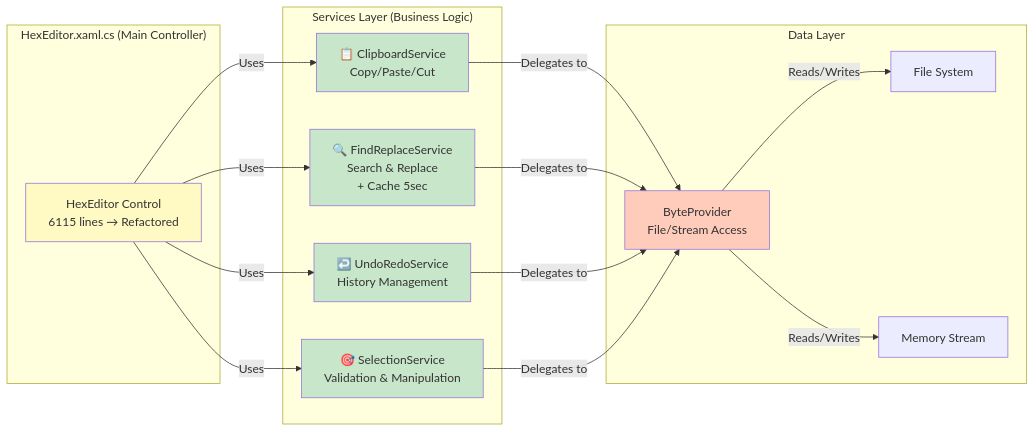
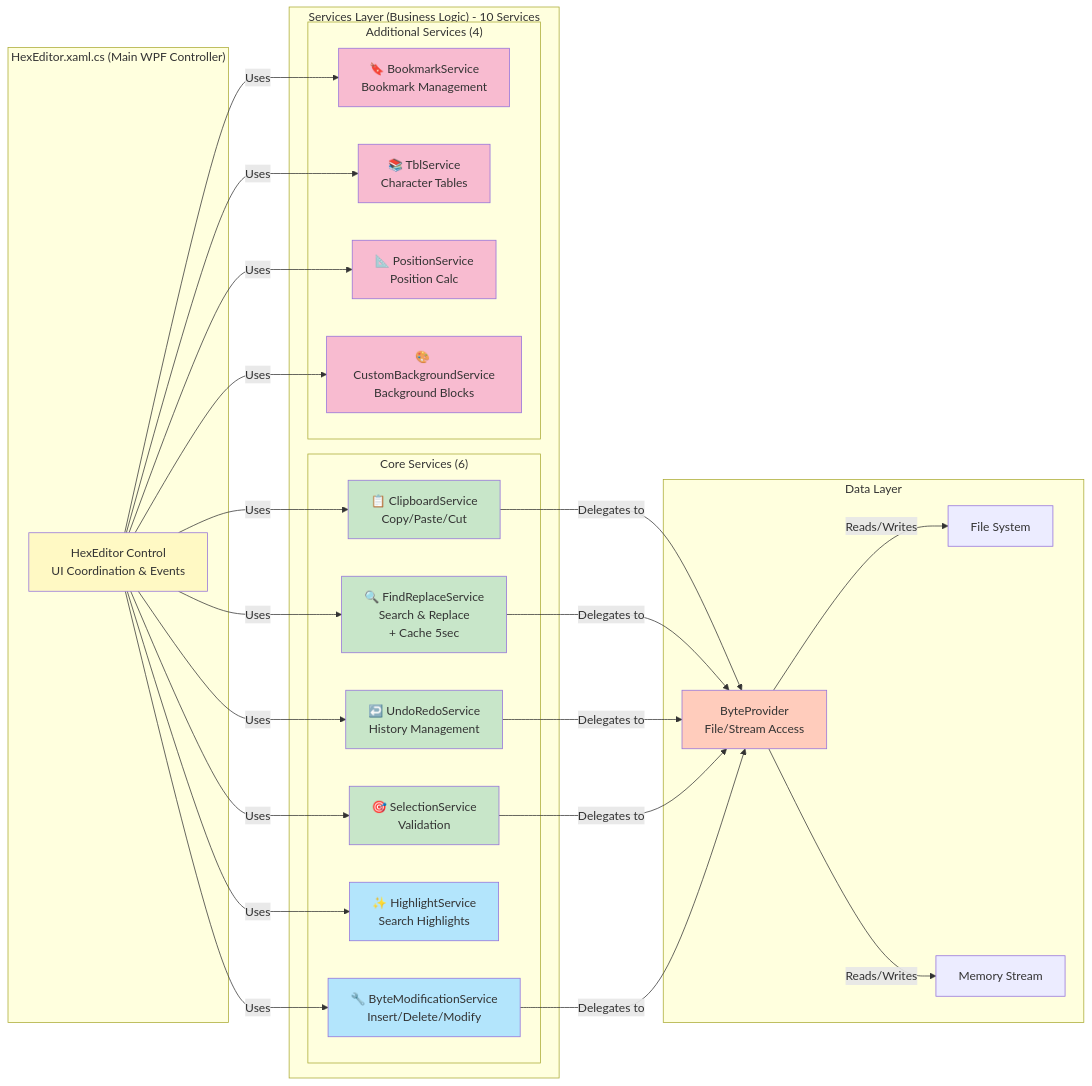
The second of 12 diagrams in ARCHITECTURE.md (myd7349/WpfHexEditorControl), drawn with Mermaid before and after one commit. The commit also changed other lines of this file and 8 other files, not shown here.

````diff
--- a/ARCHITECTURE.md
+++ b/ARCHITECTURE.md
@@ -99,39 +99,63 @@
 ```mermaid
 graph LR
-    subgraph "HexEditor.xaml.cs (Main Controller)"
-        HE[HexEditor Control<br/>6115 lines → Refactored]
+    subgraph "HexEditor.xaml.cs (Main WPF Controller)"
+        HE[HexEditor Control<br/>UI Coordination & Events]
     end
 
-    subgraph "Services Layer (Business Logic)"
-        CS[📋 ClipboardService<br/>Copy/Paste/Cut]
-        FRS[🔍 FindReplaceService<br/>Search & Replace<br/>+ Cache 5sec]
-        URS[↩️ UndoRedoService<br/>History Management]
-        SS[🎯 SelectionService<br/>Validation & Manipulation]
+    subgraph "Services Layer (Business Logic) - 10 Services"
+        subgraph "Core Services (6)"
+            CS[📋 ClipboardService<br/>Copy/Paste/Cut]
+            FRS[🔍 FindReplaceService<br/>Search & Replace<br/>+ Cache 5sec]
+            URS[↩️ UndoRedoService<br/>History Management]
+            SS[🎯 SelectionService<br/>Validation]
+            HS[✨ HighlightService<br/>Search Highlights]
+            BMS[🔧 ByteModificationService<br/>Insert/Delete/Modify]
+        end
+
+        subgraph "Additional Services (4)"
+            BKS[🔖 BookmarkService<br/>Bookmark Management]
+            TBS[📚 TblService<br/>Character Tables]
+            PS[📐 PositionService<br/>Position Calc]
+            CBS[🎨 CustomBackgroundService<br/>Background Blocks]
+        end
     end
 
     subgraph "Data Layer"
         BP[ByteProvider<br/>File/Stream Access]
         FS[File System]
         MEM[Memory Stream]
     end
 
     HE -->|Uses| CS
     HE -->|Uses| FRS
     HE -->|Uses| URS
     HE -->|Uses| SS
+    HE -->|Uses| HS
+    HE -->|Uses| BMS
+    HE -->|Uses| BKS
+    HE -->|Uses| TBS
+    HE -->|Uses| PS
+    HE -->|Uses| CBS
 
     CS -->|Delegates to| BP
     FRS -->|Delegates to| BP
     URS -->|Delegates to| BP
     SS -->|Delegates to| BP
+    BMS -->|Delegates to| BP
 
     BP -->|Reads/Writes| FS
     BP -->|Reads/Writes| MEM
 
     style HE fill:#fff9c4
     style CS fill:#c8e6c9
     style FRS fill:#c8e6c9
     style URS fill:#c8e6c9
     style SS fill:#c8e6c9
+    style HS fill:#b3e5fc
+    style BMS fill:#b3e5fc
+    style BKS fill:#f8bbd0
+    style TBS fill:#f8bbd0
+    style PS fill:#f8bbd0
+    style CBS fill:#f8bbd0
     style BP fill:#ffccbc
 ```
````
